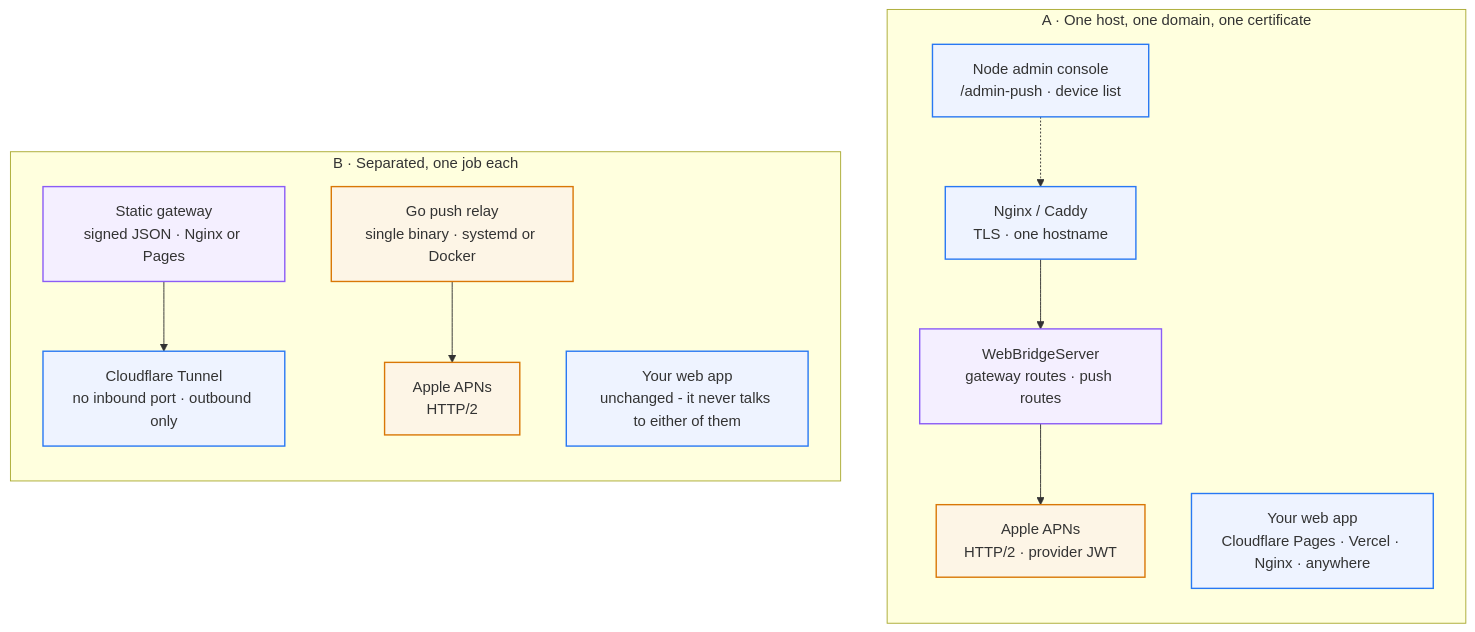
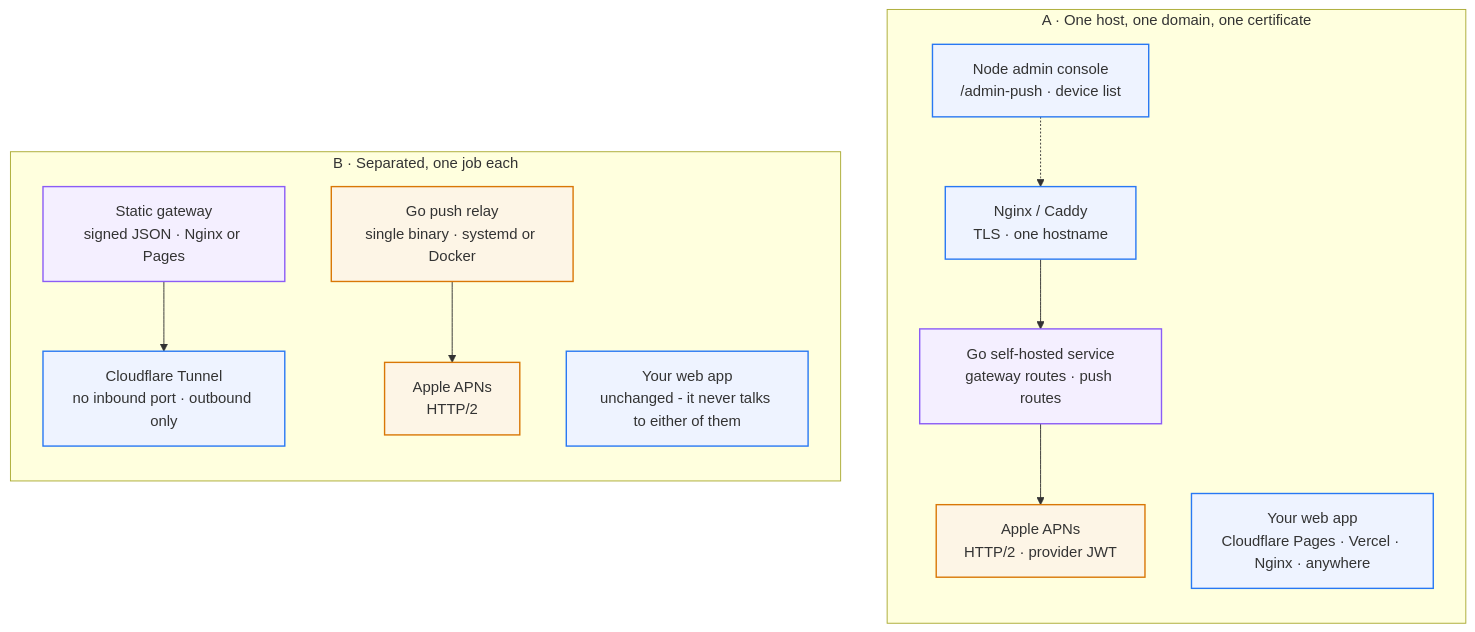
One commit to dyyz1993/Drel changed the diagram in docs/diagrams/deployment-topology.mmd. Above: the diagram before and after it, drawn with Mermaid. The commit also changed 22 other files, not shown here.

First line of the commit message:
fix(push): validate HTML app routes at edge (#5)

```diff
--- a/docs/diagrams/deployment-topology.mmd
+++ b/docs/diagrams/deployment-topology.mmd
@@ -1,37 +1,37 @@
 %% Drel deployment topologies
 %% Source of truth: docs/diagrams/deployment-topology.mmd
 flowchart TB
     subgraph together["A · One host, one domain, one certificate"]
         direction TB
         a1["Nginx / Caddy<br/>TLS · one hostname"]
-        a2["WebBridgeServer<br/>gateway routes · push routes"]
+        a2["Go self-hosted service<br/>gateway routes · push routes"]
         a3["Node admin console<br/>/admin-push · device list"]
         a4["Apple APNs<br/>HTTP/2 · provider JWT"]
         a5["Your web app<br/>Cloudflare Pages · Vercel · Nginx · anywhere"]
         a1 --> a2
         a2 --> a4
         a3 -.-> a1
     end
 
     subgraph split["B · Separated, one job each"]
         direction TB
         b1["Static gateway<br/>signed JSON · Nginx or Pages"]
         b2["Go push relay<br/>single binary · systemd or Docker"]
         b3["Cloudflare Tunnel<br/>no inbound port · outbound only"]
         b4["Apple APNs<br/>HTTP/2"]
         b5["Your web app<br/>unchanged - it never talks to either of them"]
         b1 --> b3
         b2 --> b4
     end
 
     classDef edge fill:#eef3ff,stroke:#2878f4,stroke-width:1.5px
     classDef gw fill:#f4efff,stroke:#8b5cf6,stroke-width:1.5px
     classDef relay fill:#fdf5e6,stroke:#d97706,stroke-width:1.5px
     classDef apple fill:#fdf5e6,stroke:#d97706,stroke-width:1.5px
     classDef admin fill:#eef3ff,stroke:#2878f4,stroke-width:1.5px
 
     class a1,a5,b3,b5 edge
     class a2,b1 gw
     class a4,b2,b4 relay
     class a3 admin
     class a4,b4 apple
```
